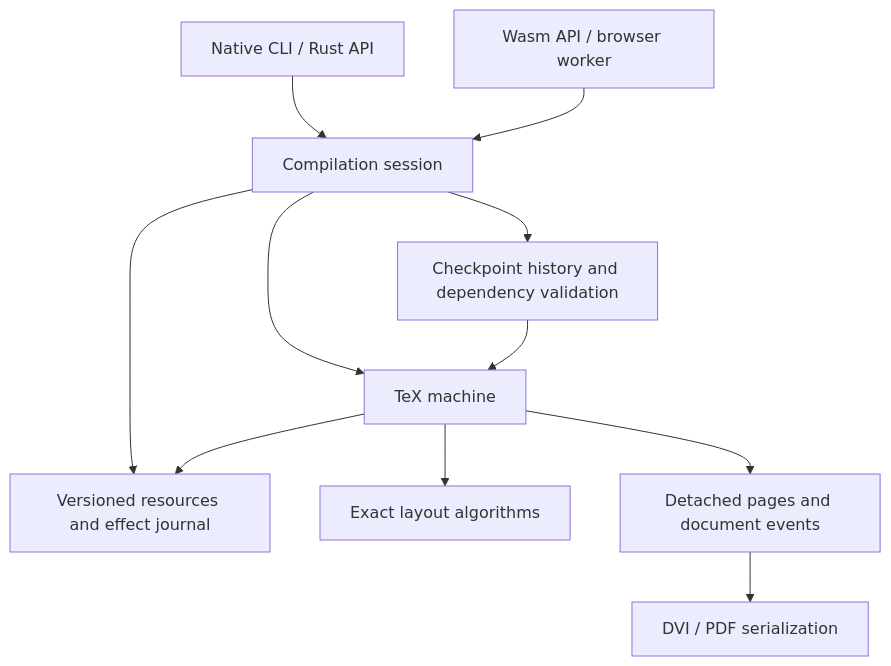
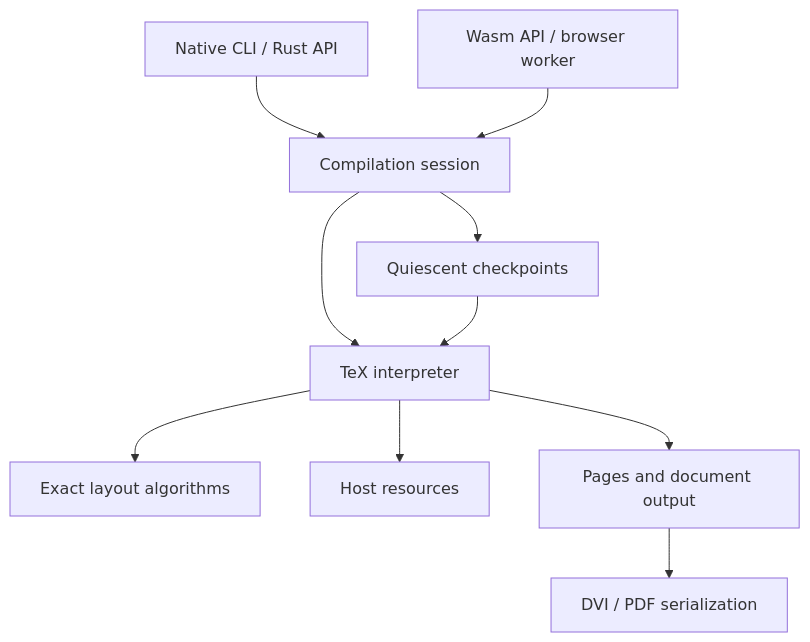
One commit to phulin/umber4 changed the diagram in docs/architecture.md. Above: the diagram before and after it, drawn with Mermaid. The commit also changed other lines of this file and 1 other file, not shown here.

First line of the commit message:
docs: center execution on Rust control flow and quiescent checkpoints

````diff
--- a/docs/architecture.md
+++ b/docs/architecture.md
@@ -59,13 +42,12 @@
 ```mermaid
 flowchart TD
     N[Native CLI / Rust API] --> S[Compilation session]
     W[Wasm API / browser worker] --> S
-    S --> E[TeX machine]
-    S --> R[Versioned resources and effect journal]
-    E --> R
+    S --> E[TeX interpreter]
     E --> L[Exact layout algorithms]
-    E --> P[Detached pages and document events]
+    E --> R[Host resources]
+    E --> P[Pages and document output]
     P --> O[DVI / PDF serialization]
-    S --> C[Checkpoint history and dependency validation]
+    S --> C[Quiescent checkpoints]
     C --> E
 ```
````
